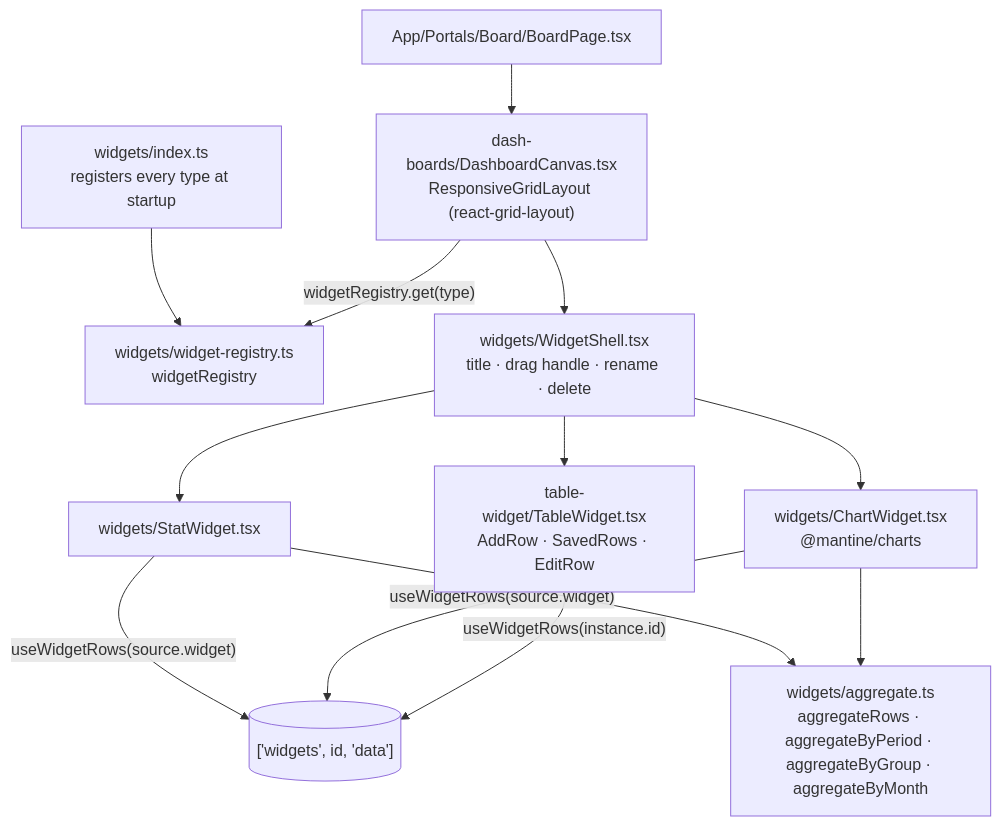
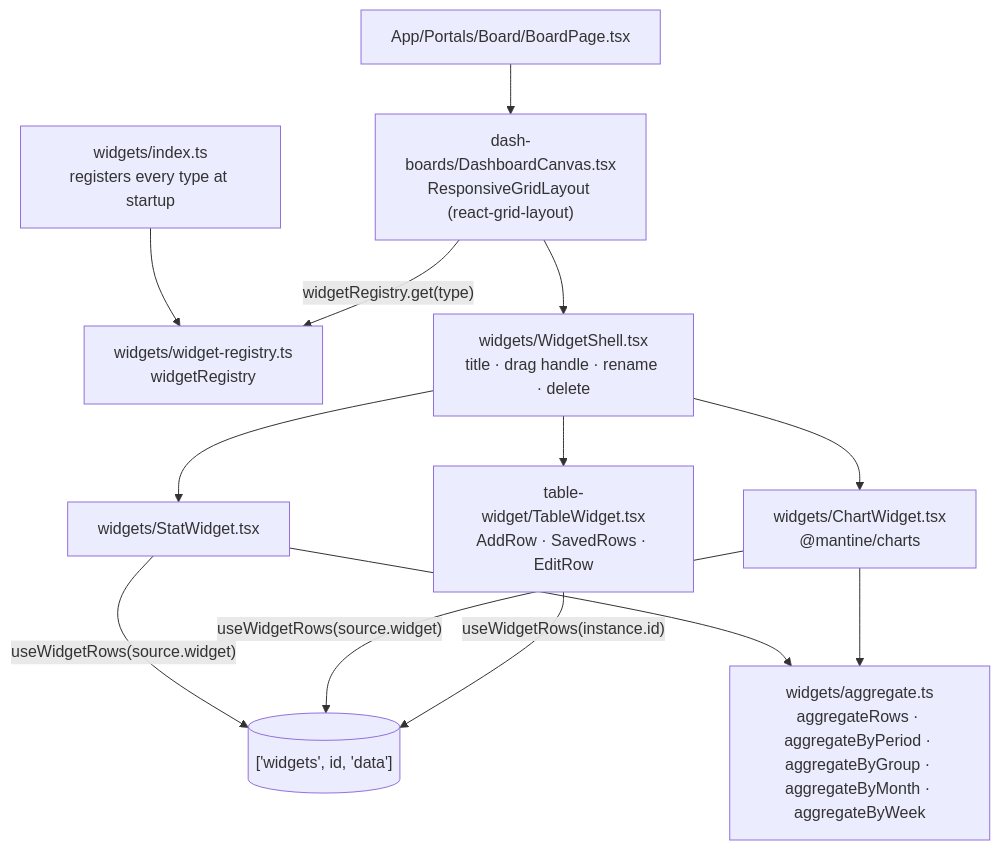
One commit to bbfrancis23/portal-boards changed diagram 11 of 12 in docs/how-it-works/code-map.md. Above: the diagram before and after it, drawn with Mermaid. The commit also changed 10 other files, not shown here.

````diff
--- a/docs/how-it-works/code-map.md
+++ b/docs/how-it-works/code-map.md
@@ -603,15 +603,15 @@
 ```mermaid
 flowchart TD
     Reg["widgets/index.ts<br/>registers every type at startup"] --> RegC["widgets/widget-registry.ts<br/>widgetRegistry"]
     Board["App/Portals/Board/BoardPage.tsx"] --> Canvas["dash-boards/DashboardCanvas.tsx<br/>ResponsiveGridLayout (react-grid-layout)"]
     Canvas -- "widgetRegistry.get(type)" --> RegC
     Canvas --> Shell["widgets/WidgetShell.tsx<br/>title · drag handle · rename · delete"]
     Shell --> Table["table-widget/TableWidget.tsx<br/>AddRow · SavedRows · EditRow"]
     Shell --> Stat["widgets/StatWidget.tsx"]
     Shell --> Chart["widgets/ChartWidget.tsx<br/>@mantine/charts"]
-    Stat --> Agg["widgets/aggregate.ts<br/>aggregateRows · aggregateByPeriod · aggregateByGroup · aggregateByMonth"]
+    Stat --> Agg["widgets/aggregate.ts<br/>aggregateRows · aggregateByPeriod · aggregateByGroup · aggregateByMonth · aggregateByWeek"]
     Chart --> Agg
     Stat -- "useWidgetRows(source.widget)" --> Rows[("['widgets', id, 'data']")]
     Chart -- "useWidgetRows(source.widget)" --> Rows
     Table -- "useWidgetRows(instance.id)" --> Rows
 ```
````
